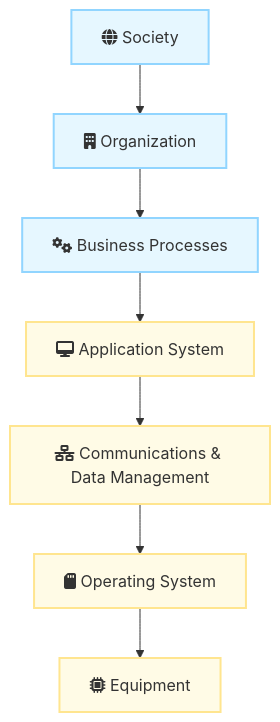
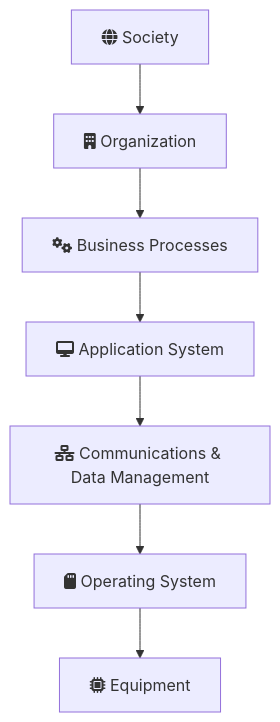
The second of 3 diagrams in docs/mca/se/u12/u11.md (sujith-eag/sujith-library), drawn with Mermaid before and after one commit. The commit also changed other lines of this file and 41 other files, not shown here.

First line of the commit message:
Refactor diagrams and remove redundant styles in documentation

````diff
--- a/docs/mca/se/u12/u11.md
+++ b/docs/mca/se/u12/u11.md
@@ -62,20 +59,18 @@
 ```mermaid
 graph TD
-    classDef layer fill:#e6f7ff,stroke:#91d5ff,stroke-width:2px;
-    classDef coreLayer fill:#fffbe6,stroke:#ffe58f,stroke-width:2px;
 
     Society[fa:fa-globe Society]:::layer;
     Organization[fa:fa-building Organization]:::layer;
     BusinessProcesses[fa:fa-cogs Business Processes]:::layer;
     ApplicationSystem[fa:fa-desktop Application System]:::coreLayer;
     CommDataMgmt[fa:fa-network-wired Communications & Data Management]:::coreLayer;
     OperatingSystem[fa:fa-sd-card Operating System]:::coreLayer;
     Equipment[fa:fa-microchip Equipment]:::coreLayer;
 
     Society --> Organization;
     Organization --> BusinessProcesses;
     BusinessProcesses --> ApplicationSystem;
     ApplicationSystem --> CommDataMgmt;
     CommDataMgmt --> OperatingSystem;
     OperatingSystem --> Equipment;
 ```
````
